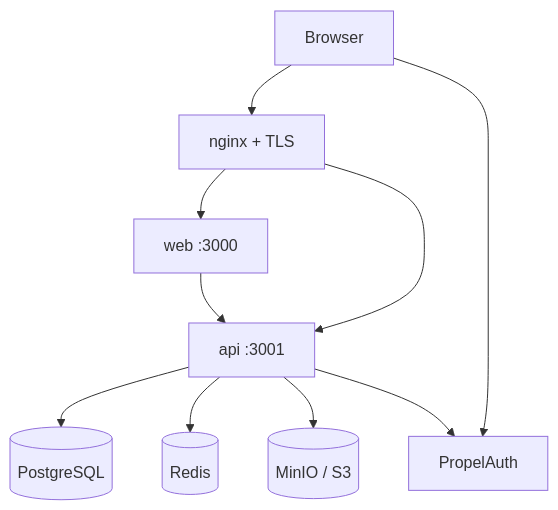
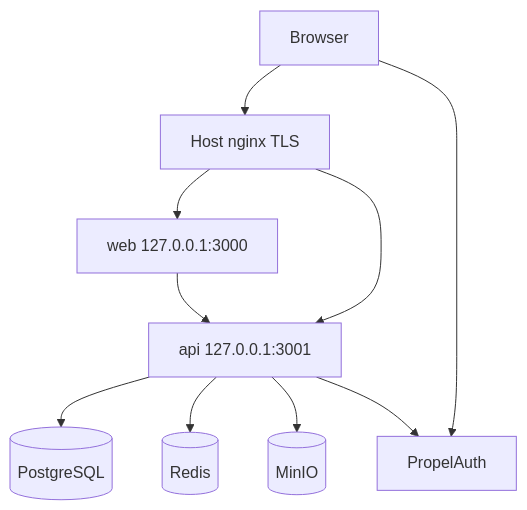
One commit to tawsifalam/erp changed the diagram in docs/cloud-deployment.md. Above: the diagram before and after it, drawn with Mermaid. The commit also changed other lines of this file and 14 other files, not shown here.

````diff
--- a/docs/cloud-deployment.md
+++ b/docs/cloud-deployment.md
@@ -21,21 +20,21 @@
 ```mermaid
 flowchart TB
   User[Browser]
   PA[PropelAuth]
-  NGINX[nginx + TLS]
-  WEB[web :3000]
-  API[api :3001]
+  HN[Host nginx TLS]
+  WEB[web 127.0.0.1:3000]
+  API[api 127.0.0.1:3001]
   PG[(PostgreSQL)]
   RD[(Redis)]
-  S3[(MinIO / S3)]
+  S3[(MinIO)]
 
-  User --> NGINX
+  User --> HN
   User --> PA
-  NGINX --> WEB
-  NGINX --> API
+  HN --> WEB
+  HN --> API
   WEB --> API
   API --> PG
   API --> RD
   API --> S3
   API --> PA
 ```
````
